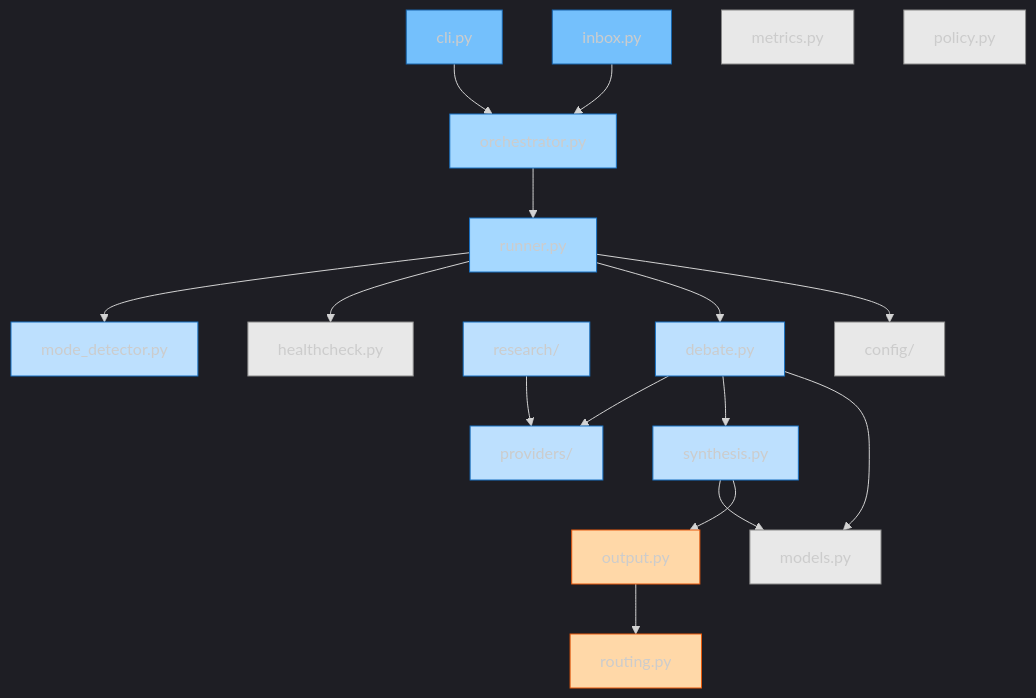
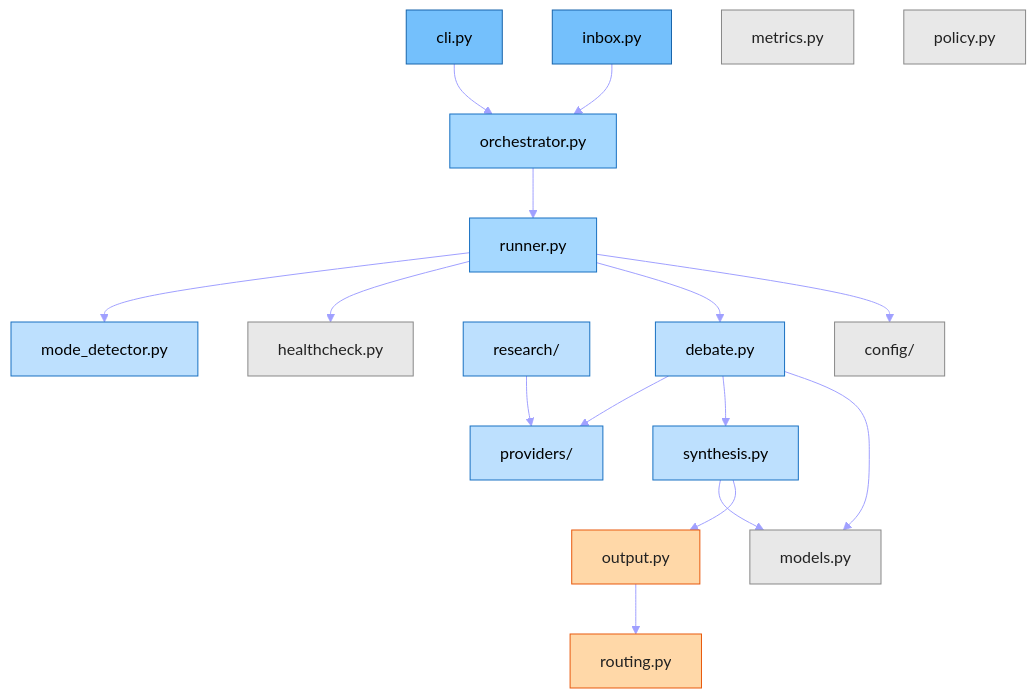
One commit to rdwornik/ai-council changed the first of 2 diagrams in ARCHITECTURE.md. Above: the diagram before and after it, drawn with Mermaid. The commit also changed other lines of this file, not shown here.

Commit message:
fix(architecture): high-contrast mermaid theme + explicit color overrides
Replace bare 'theme':'dark' directive with custom themeVariables block
and add explicit color: to every classDef. Bare dark theme produced
light default text that became invisible on the light-pastel classDef
fills. Light fills now pin dark text; dark theme vars handle edge
labels and subgraph titles.

````diff
--- a/ARCHITECTURE.md
+++ b/ARCHITECTURE.md
@@ -23,54 +23,54 @@
 ```mermaid
-%%{init: {'theme':'dark'}}%%
+%%{init: {'theme':'base', 'themeVariables': {'darkMode':true,'background':'#1a1a1a','primaryColor':'#2d2d3d','primaryTextColor':'#f0f0f0','primaryBorderColor':'#8a86ff','lineColor':'#a0a0ff','textColor':'#f0f0f0','mainBkg':'#2d2d3d','secondaryColor':'#3d2d3d','tertiaryColor':'#22323a','clusterBkg':'#222232','clusterBorder':'#555577','edgeLabelBackground':'#1a1a1a','titleColor':'#f0f0f0','nodeBorder':'#8a86ff'}}}%%
 flowchart TD
     cli[cli.py]:::interface
     inbox[inbox.py]:::interface
     orchestrator[orchestrator.py]:::orchestration
     runner[runner.py]:::orchestration
     debate[debate.py]:::core
     synthesis[synthesis.py]:::core
     mode_detector[mode_detector.py]:::core
     providers[providers/]:::core
     research[research/]:::core
     output[output.py]:::output
     routing[routing.py]:::output
     models[models.py]:::foundation
     metrics[metrics.py]:::foundation
     healthcheck[healthcheck.py]:::foundation
     policy[policy.py]:::foundation
     config[config/]:::foundation
 
     cli --> orchestrator
     inbox --> orchestrator
     orchestrator --> runner
     runner --> mode_detector
     runner --> healthcheck
     runner --> debate
     runner --> config
     debate --> providers
     debate --> synthesis
     debate --> models
     synthesis --> models
     synthesis --> output
     output --> routing
     research --> providers
 
-    classDef foundation fill:#e8e8e8,stroke:#888
-    classDef core fill:#bde0fe,stroke:#1971c2
-    classDef orchestration fill:#a5d8ff,stroke:#1971c2
-    classDef interface fill:#74c0fc,stroke:#1864ab
-    classDef output fill:#ffd8a8,stroke:#e8590c
+    classDef foundation fill:#e8e8e8,stroke:#888,color:#222
+    classDef core fill:#bde0fe,stroke:#1971c2,color:#000
+    classDef orchestration fill:#a5d8ff,stroke:#1971c2,color:#000
+    classDef interface fill:#74c0fc,stroke:#1864ab,color:#000
+    classDef output fill:#ffd8a8,stroke:#e8590c,color:#222
 
     click cli href "src/ai_council/cli.py" "Open cli.py"
     click inbox href "src/ai_council/inbox.py" "Open inbox.py"
     click orchestrator href "src/ai_council/orchestrator.py" "Open orchestrator.py"
     click runner href "src/ai_council/runner.py" "Open runner.py"
     click debate href "src/ai_council/debate.py" "Open debate.py"
     click synthesis href "src/ai_council/synthesis.py" "Open synthesis.py"
     click mode_detector href "src/ai_council/mode_detector.py" "Open mode_detector.py"
     click providers href "src/ai_council/providers/" "Open providers"
     click research href "src/ai_council/research/" "Open research"
     click output href "src/ai_council/output.py" "Open output.py"
     click routing href "src/ai_council/routing.py" "Open routing.py"
     click models href "src/ai_council/models.py" "Open models.py"
 ```
````
